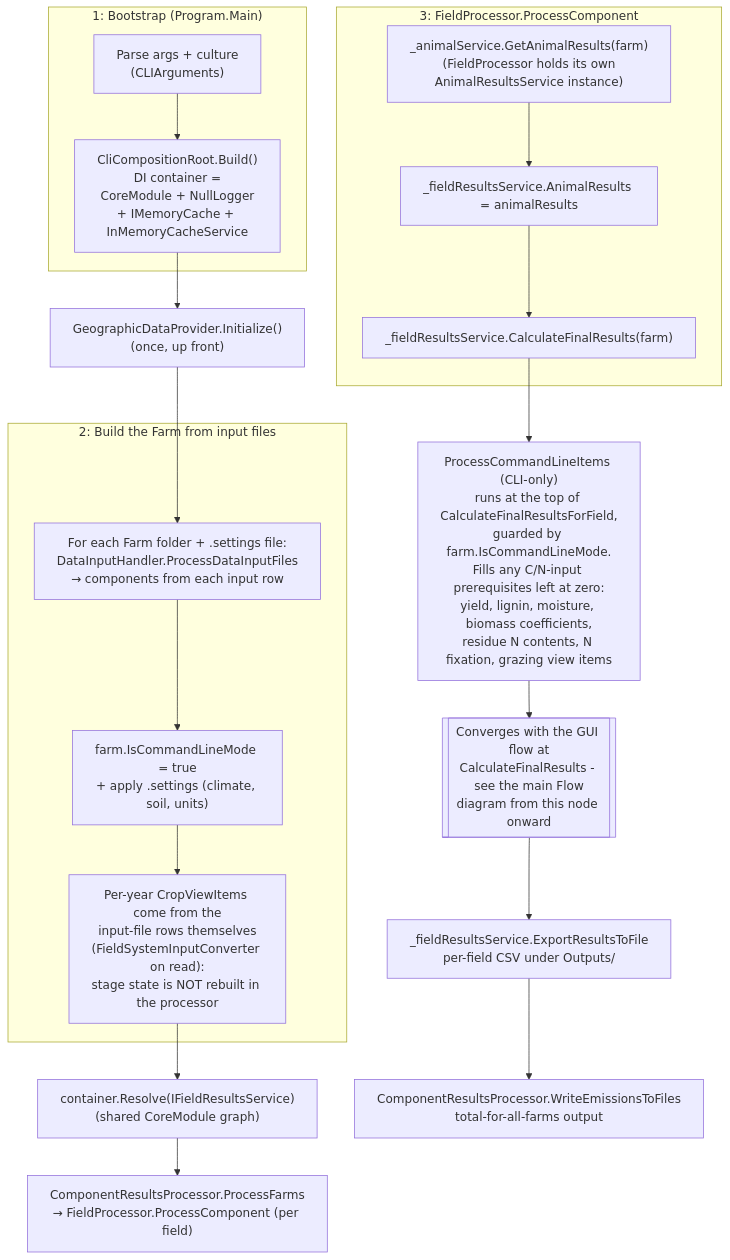
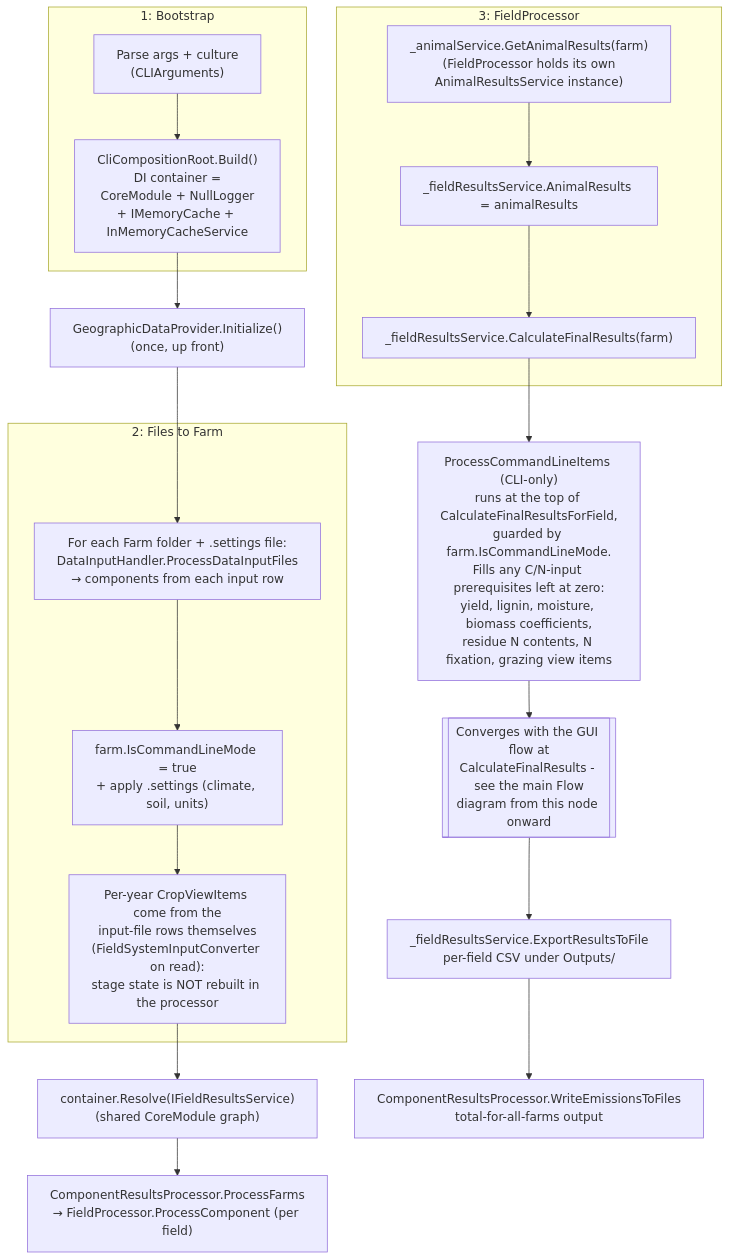
The second of 4 diagrams in H.Content/Documentation/Developer Guide/Carbon_Model_Flow.md (holos-aafc/Holos-5), drawn with Mermaid before and after one commit. The commit also changed other lines of this file, not shown here.

Commit message:
Shorten Mermaid subgraph titles to avoid wrapped-label overlap
Long subgraph titles wrapped onto a second line in Visual Studio's
Mermaid renderer, which reserves only one line of header space, so the
wrapped text overlapped the first node in the subgraph. Trim the six
subgraph titles to a single short label; the detail they carried is
already covered in the surrounding prose and the nodes inside.

````diff
--- a/H.Content/Documentation/Developer Guide/Carbon_Model_Flow.md
+++ b/H.Content/Documentation/Developer Guide/Carbon_Model_Flow.md
@@ -133,47 +133,47 @@
 ```mermaid
 flowchart TD
     %% ========================================================================
     %% 1. CLI BOOTSTRAP
     %% ========================================================================
-    subgraph boot ["1: Bootstrap (Program.Main)"]
+    subgraph boot ["1: Bootstrap"]
         Args["Parse args + culture<br/>(CLIArguments)"]
         Root["CliCompositionRoot.Build()<br/>DI container =<br/>CoreModule + NullLogger<br/>+ IMemoryCache + InMemoryCacheService"]
         Args --> Root
     end
 
     %% ========================================================================
     %% 2. INPUT FILES → FARM
     %% ========================================================================
     Root --> Geo["GeographicDataProvider.Initialize()<br/>(once, up front)"]
     Geo --> Read
 
-    subgraph parse ["2: Build the Farm from input files"]
+    subgraph parse ["2: Files to Farm"]
         Read["For each Farm folder + .settings file:<br/>DataInputHandler.ProcessDataInputFiles<br/>→ components from each input row"]
         Read --> Flags["farm.IsCommandLineMode = true<br/>+ apply .settings (climate, soil, units)"]
         Flags --> Stage["Per-year CropViewItems come from the<br/>input-file rows themselves<br/>(FieldSystemInputConverter on read):<br/>stage state is NOT rebuilt in the processor"]
     end
 
     %% ========================================================================
     %% 3. PER-FARM PROCESSING
     %% ========================================================================
     Stage --> Resolve["container.Resolve(IFieldResultsService)<br/>(shared CoreModule graph)"]
     Resolve --> PF["ComponentResultsProcessor.ProcessFarms<br/>→ FieldProcessor.ProcessComponent (per field)"]
 
-    subgraph proc ["3: FieldProcessor.ProcessComponent"]
+    subgraph proc ["3: FieldProcessor"]
         An["_animalService.GetAnimalResults(farm)<br/>(FieldProcessor holds its own<br/>AnimalResultsService instance)"]
         An --> Prime["_fieldResultsService.AnimalResults = animalResults"]
         Prime --> Call["_fieldResultsService.CalculateFinalResults(farm)"]
     end
 
     %% ========================================================================
     %% 4. CLI-ONLY RESIDUE FILL + CONVERGENCE
     %% ========================================================================
     Call --> PCLI["ProcessCommandLineItems (CLI-only)<br/>runs at the top of CalculateFinalResultsForField,<br/>guarded by farm.IsCommandLineMode.<br/>Fills any C/N-input prerequisites left at zero:<br/>yield, lignin, moisture, biomass coefficients,<br/>residue N contents, N fixation, grazing view items"]
     PCLI --> Converge[["Converges with the GUI flow at<br/>CalculateFinalResults - see the main Flow<br/>diagram from this node onward"]]
 
     %% ========================================================================
     %% 5. OUTPUT
     %% ========================================================================
     Converge --> Out["_fieldResultsService.ExportResultsToFile<br/>per-field CSV under Outputs/"]
     Out --> Total["ComponentResultsProcessor.WriteEmissionsToFiles<br/>total-for-all-farms output"]
 ```
````
